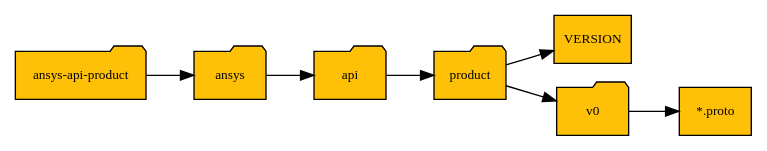
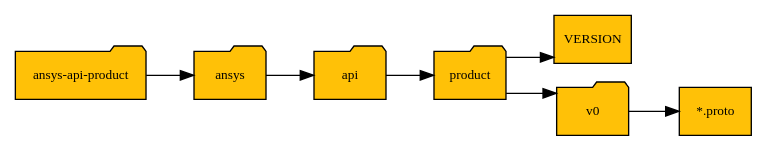
The diagram in doc/source/packaging/diagrams/grpc_structure_diagram.rst (ansys/pyansys-dev-guide), drawn with Graphviz before and after one commit. The commit also changed 6 other files, not shown here.

Commit message:
Add build-systems.rst diagrams

```diff
--- a/doc/source/packaging/diagrams/grpc_structure_diagram.rst
+++ b/doc/source/packaging/diagrams/grpc_structure_diagram.rst
@@ -2,52 +2,52 @@
 .. graphviz::
     :caption: Namespace convention for gRPC interface packages 
     :alt: Namespace convention for gRPC interface packages 
     :align: center
 
      digraph "sphinx-ext-graphviz" {
          size="8,6";
          rankdir="LR";
          graph [
-           fontname="Verdana", fontsize="10", color="black", fillcolor="white"
+           fontname="Verdana", fontsize="10", color="black", fillcolor="white",splines=ortho
          ];
          node [
            fontname="Verdana", fontsize="10", style="filled", color="black", fillcolor="#ffc107"
          ];
 
          ansys_api_product [
            label="ansys-api-product", shape="folder"
          ];
 
          ansys [
            label="ansys", shape="folder"
          ];
 
          api [
            label="api", shape="folder"
          ];
 
          product [
            label="product", shape="folder"
          ];
 
          version [
            label="VERSION", shape="file"
          ];
 
          v0 [
            label="v0", shape="folder"
          ];
 
          proto_files [
            label="\*.proto", shape="file"
          ];
 
 
          ansys_api_product -> ansys;
          ansys -> api;
          api -> product;
          product -> version;
          product -> v0;
          v0 -> proto_files;
 
      }
```
